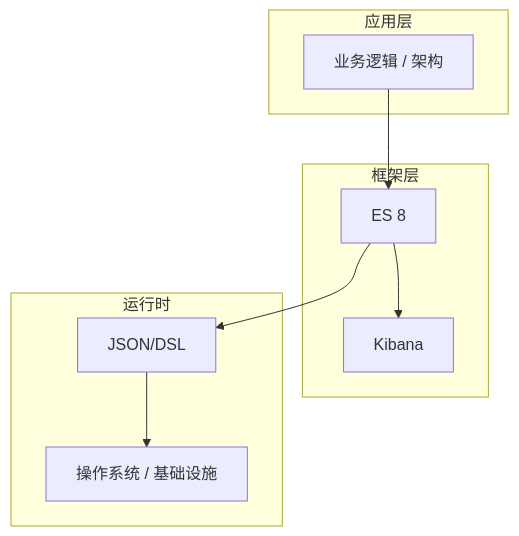
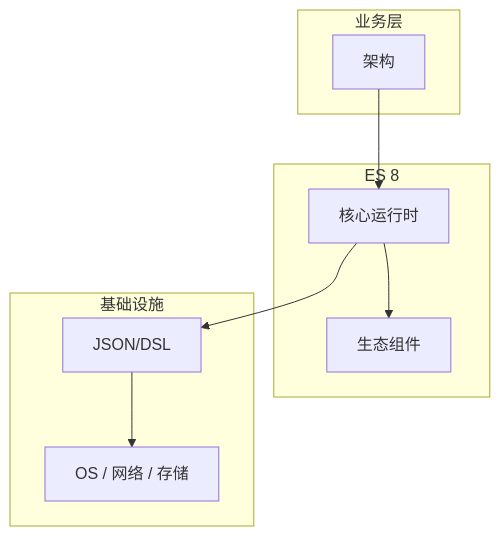
One commit to yanggan2015/knowledge-json-v2 changed the diagram in articles/Elasticsearch/chapters/008-架构核心概念与原理.md. Above: the diagram before and after it, drawn with Mermaid. The commit also changed other lines of this file and 10127 other files, not shown here.

````diff
--- a/articles/Elasticsearch/chapters/008-架构核心概念与原理.md
+++ b/articles/Elasticsearch/chapters/008-架构核心概念与原理.md
@@ -45,18 +34,18 @@
 ```mermaid
 graph TB
-    subgraph 应用层
-        A[业务逻辑 / 架构]
+    subgraph 业务层
+        A[架构]
     end
-    subgraph 框架层
-        B[ES 8]
-        C[Kibana]
+    subgraph ES 8
+        B[核心运行时]
+        C[生态组件]
     end
-    subgraph 运行时
+    subgraph 基础设施
         D[JSON/DSL]
-        E[操作系统 / 基础设施]
+        E[OS / 网络 / 存储]
     end
     A --> B
     B --> C
     B --> D
     D --> E
 ```
````
